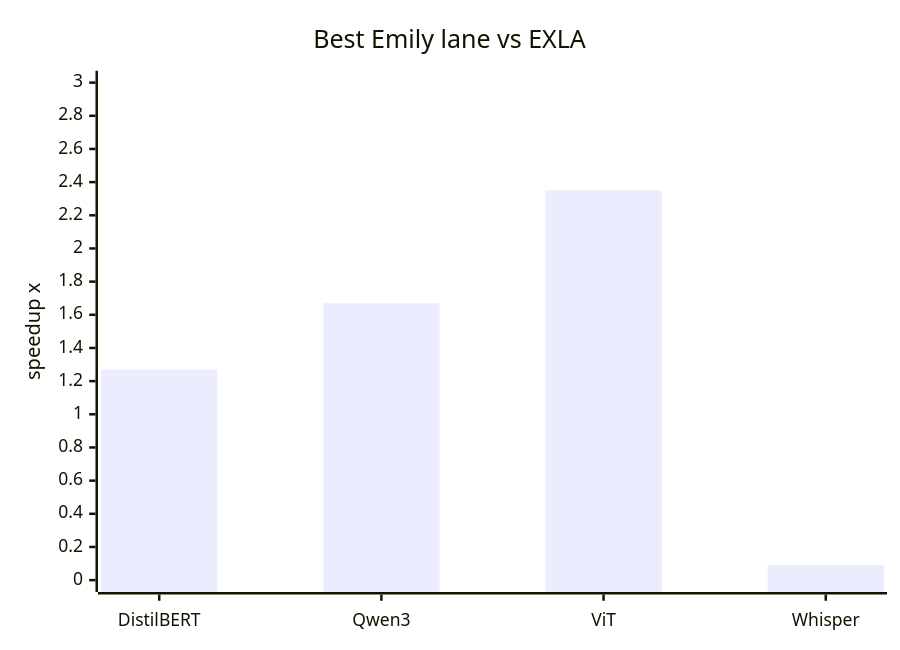
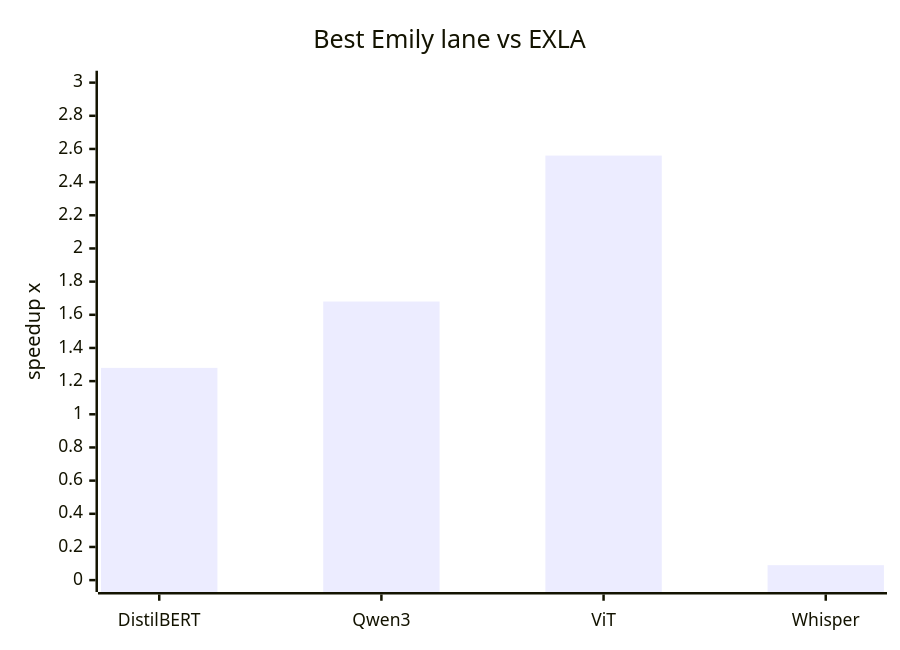
One commit to ausimian/emily changed the third of 4 diagrams in bench/emily_vs_exla_report.md. Above: the diagram before and after it, drawn with Mermaid. The commit also changed other lines of this file and 5 other files, not shown here.

````diff
--- a/bench/emily_vs_exla_report.md
+++ b/bench/emily_vs_exla_report.md
@@ -85,7 +102,7 @@
 ```mermaid
 xychart-beta
   title "Best Emily lane vs EXLA"
   x-axis ["DistilBERT", "Qwen3", "ViT", "Whisper"]
   y-axis "speedup x" 0 --> 3
-  bar [1.27, 1.67, 2.35, 0.09]
+  bar [1.28, 1.68, 2.56, 0.09]
 ```
````
